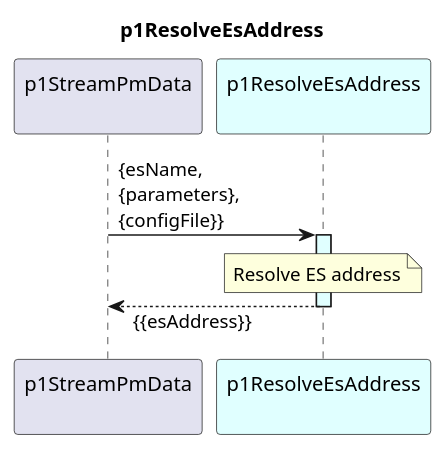
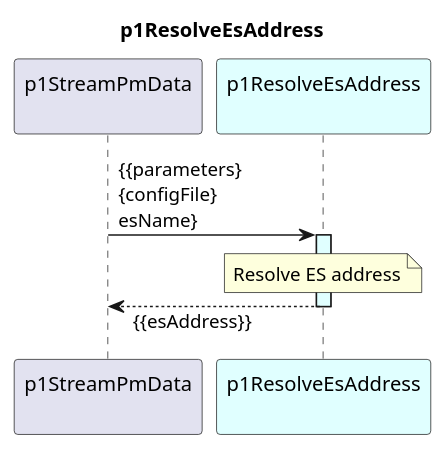
The diagram in spec/Functions/specificFunctions/p1StreamPmData/p1ResolveEsAddress/1.0.0/p1ResolveEsAddress.plantuml (openBackhaul/DevicePerformanceManagementDataProcessor), drawn with PlantUML before and after one commit. The commit also changed 6 other files, not shown here.

```diff
--- a/spec/Functions/specificFunctions/p1StreamPmData/p1ResolveEsAddress/1.0.0/p1ResolveEsAddress.plantuml
+++ b/spec/Functions/specificFunctions/p1StreamPmData/p1ResolveEsAddress/1.0.0/p1ResolveEsAddress.plantuml
@@ -1,19 +1,19 @@
 @startuml p1ResolveEsAddress
 skinparam responseMessageBelowArrow true
 
 title
   p1ResolveEsAddress
 end title
 
 participant "p1StreamPmData\n" as p1RMWDI
 participant "p1ResolveEsAddress\n" as p1REA #LightCyan
 
-  p1RMWDI -> p1REA : {esName,\n{parameters},\n{configFile}}
+  p1RMWDI -> p1REA : {{parameters}\n{configFile}\nesName}
   activate p1REA #LightCyan
     note over p1REA
       Resolve ES address
     end note
   p1RMWDI <-- p1REA : {{esAddress}}
   deactivate p1REA
 
 @enduml
```
